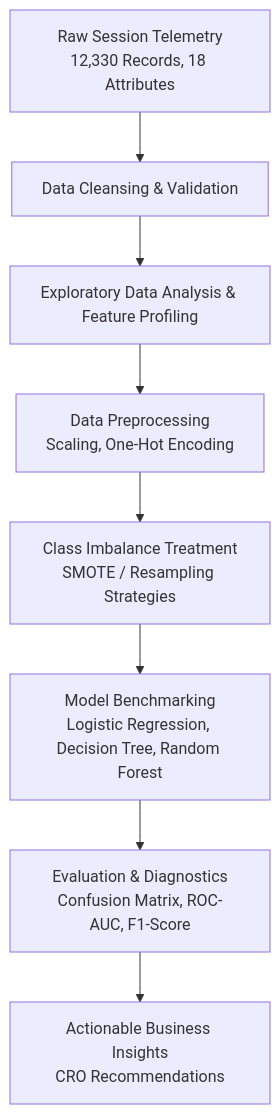
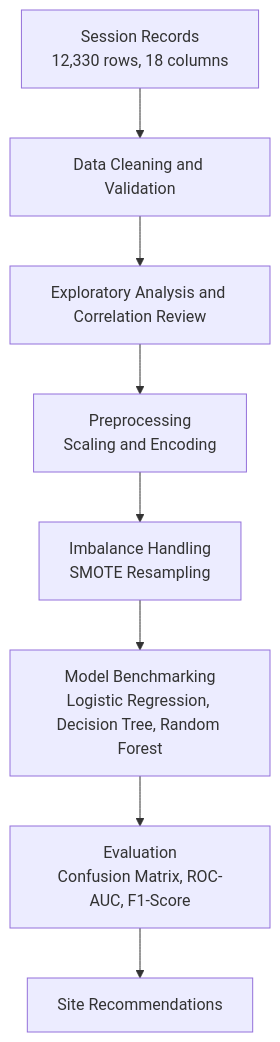
The diagram in README.md (GaryPhuah/Online-Shopper-Intent-Analysis), drawn with Mermaid before and after one commit. The commit also changed other lines of this file, not shown here.

````diff
--- a/README.md
+++ b/README.md
@@ -37,10 +35,10 @@
 ```mermaid
 flowchart TD
-    A[Raw Session Telemetry\n12,330 Records, 18 Attributes] --> B[Data Cleansing & Validation]
-    B --> C[Exploratory Data Analysis & Feature Profiling]
-    C --> D[Data Preprocessing\nScaling, One-Hot Encoding]
-    D --> E[Class Imbalance Treatment\nSMOTE / Resampling Strategies]
+    A[Session Records\n12,330 rows, 18 columns] --> B[Data Cleaning and Validation]
+    B --> C[Exploratory Analysis and Correlation Review]
+    C --> D[Preprocessing\nScaling and Encoding]
+    D --> E[Imbalance Handling\nSMOTE Resampling]
     E --> F[Model Benchmarking\nLogistic Regression, Decision Tree, Random Forest]
-    F --> G[Evaluation & Diagnostics\nConfusion Matrix, ROC-AUC, F1-Score]
-    G --> H[Actionable Business Insights\nCRO Recommendations]
+    F --> G[Evaluation\nConfusion Matrix, ROC-AUC, F1-Score]
+    G --> H[Site Recommendations]
 ```
````
